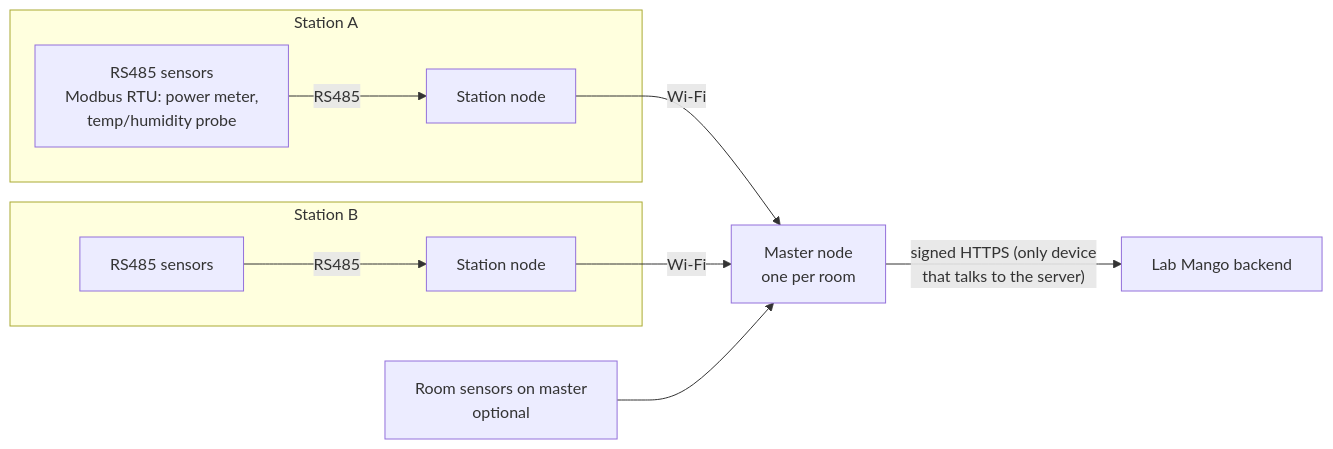
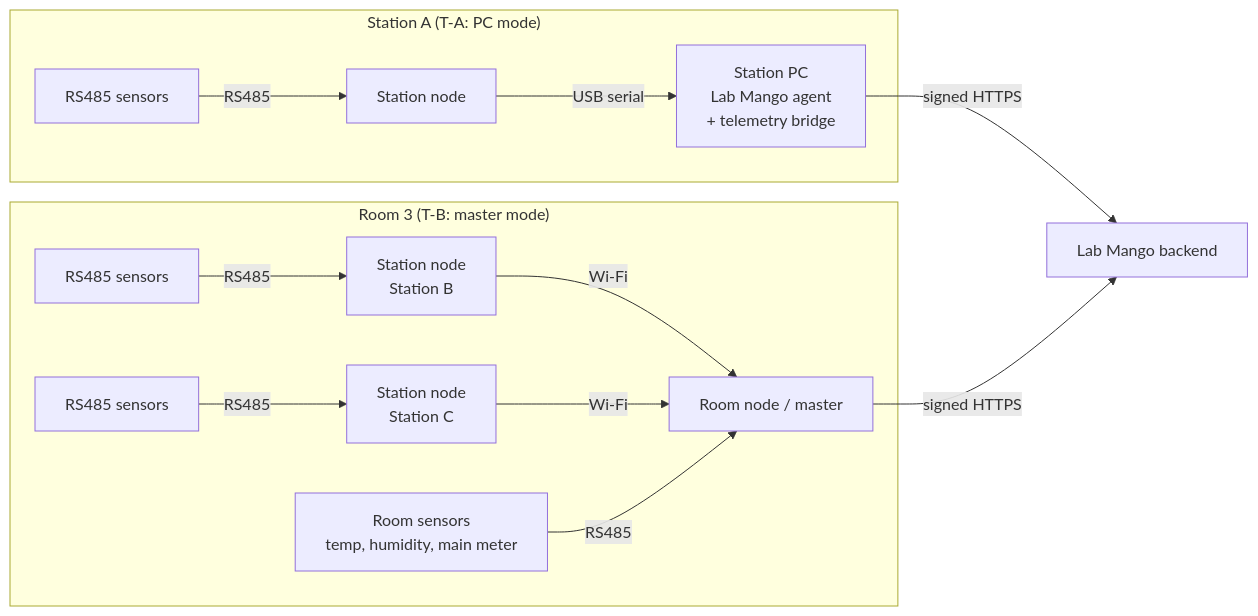
One commit to angustino88/lab-mango changed the first of 4 diagrams in docs/proposals/environment-telemetry.md. Above: the diagram before and after it, drawn with Mermaid. The commit also changed other lines of this file, not shown here.

First line of the commit message:
docs: support PC-mode and master-mode topologies in environment telemetry design

````diff
--- a/docs/proposals/environment-telemetry.md
+++ b/docs/proposals/environment-telemetry.md
@@ -63,13 +71,16 @@
 ```mermaid
 flowchart LR
-  subgraph Station A
-    S1[RS485 sensors<br/>Modbus RTU: power meter,<br/>temp/humidity probe] -- RS485 --> N1[Station node]
+  subgraph "Station A (T-A: PC mode)"
+    SA[RS485 sensors] -- RS485 --> NA[Station node]
+    NA -- USB serial --> PC[Station PC<br/>Lab Mango agent<br/>+ telemetry bridge]
   end
-  subgraph Station B
-    S2[RS485 sensors] -- RS485 --> N2[Station node]
+  subgraph "Room 3 (T-B: master mode)"
+    SB[RS485 sensors] -- RS485 --> NB[Station node<br/>Station B]
+    SC[RS485 sensors] -- RS485 --> NC[Station node<br/>Station C]
+    NB -- Wi-Fi --> M[Room node / master]
+    NC -- Wi-Fi --> M
+    RS[Room sensors<br/>temp, humidity, main meter] -- RS485 --> M
   end
-  N1 -- Wi-Fi --> M[Master node<br/>one per room]
-  N2 -- Wi-Fi --> M
-  MS[Room sensors on master<br/>optional] --> M
-  M -- "signed HTTPS (only device<br/>that talks to the server)" --> API[Lab Mango backend]
+  PC -- signed HTTPS --> API[Lab Mango backend]
+  M -- signed HTTPS --> API
 ```
````
